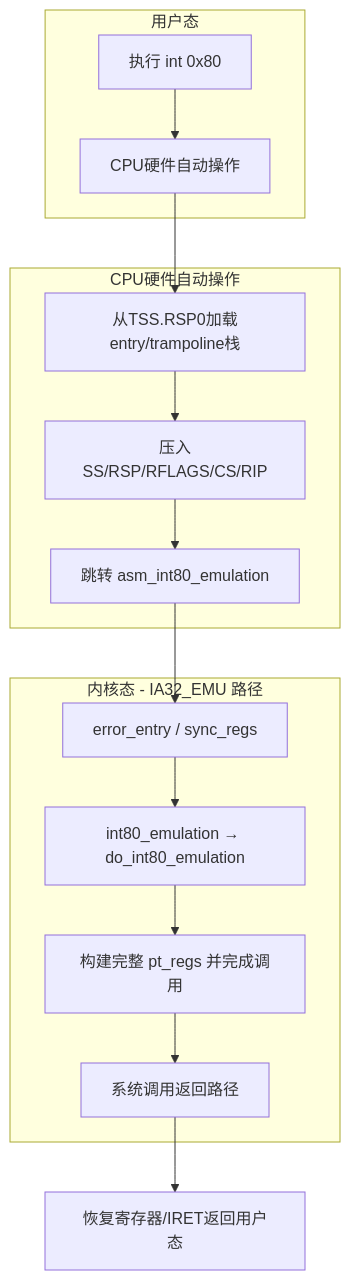
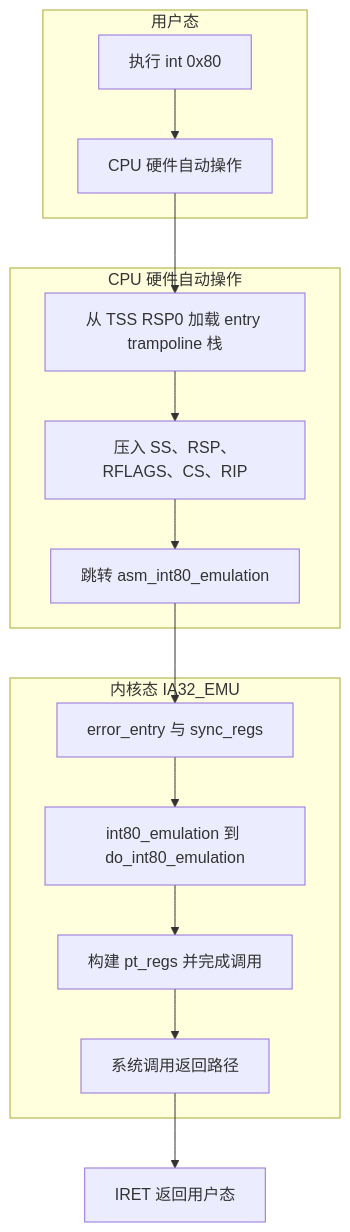
Before and after one commit to liweinan/liweinan.github.io: the second of 3 diagrams in _posts/2026-04-22-x86-idt-int80-syscall-fred.md, drawn with Mermaid. The commit also changed other lines of this file and 1 other file, not shown here.

````diff
--- a/_posts/2026-04-22-x86-idt-int80-syscall-fred.md
+++ b/_posts/2026-04-22-x86-idt-int80-syscall-fred.md
@@ -125,21 +149,21 @@
 ```mermaid
 flowchart TD
-    subgraph User[用户态]
-        A[执行 int 0x80] --> B[CPU硬件自动操作]
+    subgraph User["用户态"]
+        A["执行 int 0x80"] --> B["CPU 硬件自动操作"]
     end
 
-    subgraph Hardware[CPU硬件自动操作]
-        B --> C[从TSS.RSP0加载entry/trampoline栈]
-        C --> D[压入SS/RSP/RFLAGS/CS/RIP]
-        D --> E[跳转 asm_int80_emulation]
+    subgraph Hardware["CPU 硬件自动操作"]
+        B --> C["从 TSS RSP0 加载 entry trampoline 栈"]
+        C --> D["压入 SS、RSP、RFLAGS、CS、RIP"]
+        D --> E["跳转 asm_int80_emulation"]
     end
 
-    subgraph Kernel[内核态 - IA32_EMU 路径]
-        E --> F[error_entry / sync_regs]
-        F --> G[int80_emulation → do_int80_emulation]
-        G --> J[构建完整 pt_regs 并完成调用]
-        J --> K[系统调用返回路径]
+    subgraph Kernel["内核态 IA32_EMU"]
+        E --> F["error_entry 与 sync_regs"]
+        F --> G["int80_emulation 到 do_int80_emulation"]
+        G --> J["构建 pt_regs 并完成调用"]
+        J --> K["系统调用返回路径"]
     end
 
-    K --> L[恢复寄存器/IRET返回用户态]
+    K --> L["IRET 返回用户态"]
 ```
````
